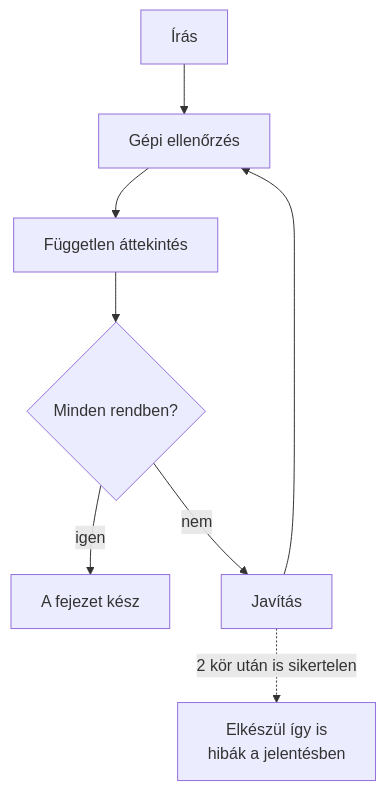
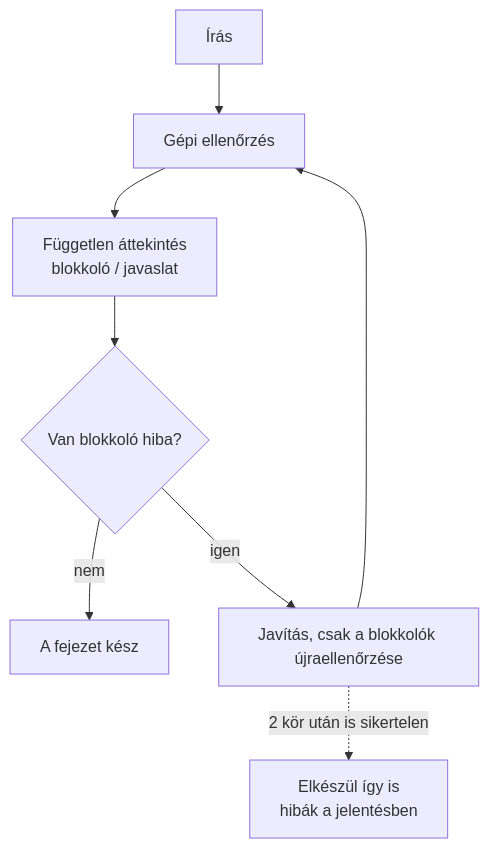
One commit to songyang8964/video-notes changed the seventh of 7 diagrams in README.hu.md. Above: the diagram before and after it, drawn with Mermaid. The commit also changed other lines of this file and 23 other files, not shown here.

````diff
--- a/README.hu.md
+++ b/README.hu.md
@@ -472,10 +485,10 @@
 ```mermaid
 flowchart TD
     W["Írás"] --> C["Gépi ellenőrzés"]
-    C --> R["Független áttekintés"]
-    R --> J{"Minden rendben?"}
-    J -- igen --> OK["A fejezet kész"]
-    J -- nem --> F["Javítás"]
+    C --> R["Független áttekintés<br/>blokkoló / javaslat"]
+    R --> J{"Van blokkoló hiba?"}
+    J -- nem --> OK["A fejezet kész"]
+    J -- igen --> F["Javítás, csak a blokkolók újraellenőrzése"]
     F --> C
     F -. 2 kör után is sikertelen .-> REP["Elkészül így is<br/>hibák a jelentésben"]
 ```
````
